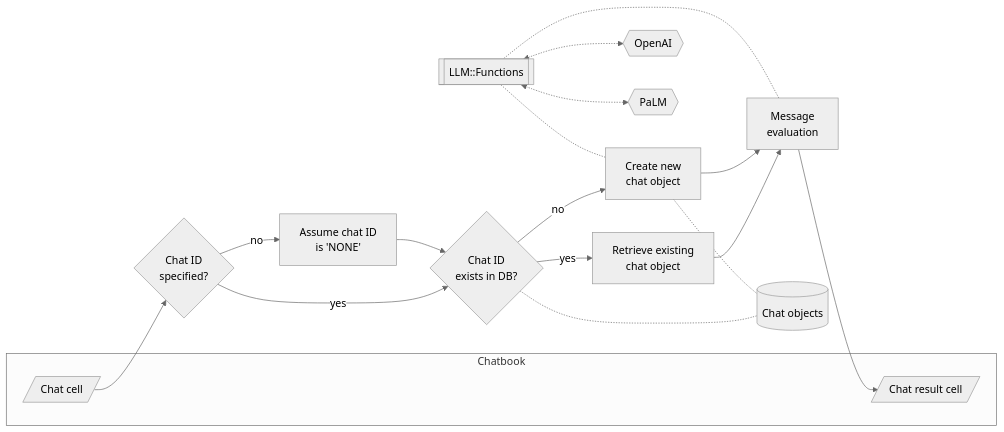
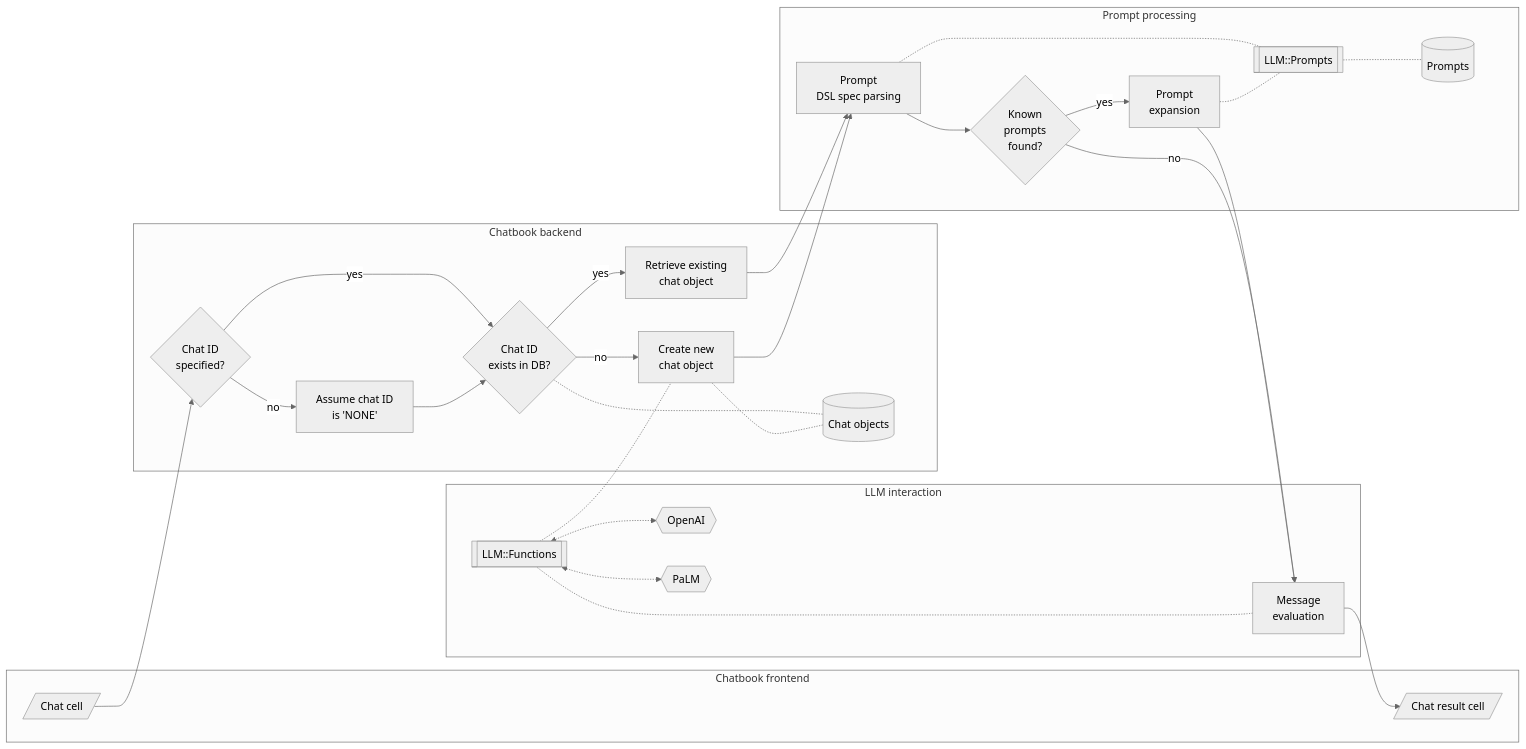
One commit to antononcube/Raku-Jupyter-Chatbook changed the first of 2 diagrams in README-work.md. Above: the diagram before and after it, drawn with Mermaid (neutral theme). The commit also changed other lines of this file and 1 other file, not shown here.

Commit message:
docs:Better components interaction flowchart. Added links to "LLM::Prompts".

````diff
--- a/README-work.md
+++ b/README-work.md
@@ -176,32 +176,65 @@
 ```mermaid
 flowchart LR
     OpenAI{{OpenAI}}
     PaLM{{PaLM}}
     LLMFunc[[LLM::Functions]]
+    LLMProm[[LLM::Prompts]]
     CODB[(Chat objects)]
+    PDB[(Prompts)]
     CCell[/Chat cell/]
     CRCell[/Chat result cell/]
     CIDQ{Chat ID<br>specified?}
     CIDEQ{Chat ID<br>exists in DB?}
     RECO[Retrieve existing<br>chat object]
     COEval[Message<br>evaluation]
+    PromParse[Prompt<br>DSL spec parsing]
+    KPFQ{Known<br>prompts<br>found?}
+    PromExp[Prompt<br>expansion]
     CNCO[Create new<br>chat object]
     CIDNone["Assume chat ID<br>is 'NONE'"] 
-    subgraph Chatbook
+    subgraph Chatbook frontend    
         CCell
         CRCell
+    end
+    subgraph Chatbook backend
+        CIDQ
+        CIDEQ
+        CIDNone
+        RECO
+        CNCO
+        CODB
+    end
+    subgraph Prompt processing
+        PDB
+        LLMProm
+        PromParse
+        KPFQ
+        PromExp 
+    end
+    subgraph LLM interaction
+      COEval
+      LLMFunc
+      PaLM
+      OpenAI
     end
     CCell --> CIDQ
     CIDQ --> |yes| CIDEQ
     CIDEQ --> |yes| RECO
-    RECO --> COEval --> CRCell
+    RECO --> PromParse
+    COEval --> CRCell
     CIDEQ -.- CODB
     CIDEQ --> |no| CNCO
     LLMFunc -.- CNCO -.- CODB
-    CNCO --> COEval
+    CNCO --> PromParse --> KPFQ
+    KPFQ --> |yes| PromExp
+    KPFQ --> |no| COEval
+    PromParse -.- LLMProm 
+    PromExp -.- LLMProm
+    PromExp --> COEval 
+    LLMProm -.- PDB
     CIDQ --> |no| CIDNone
     CIDNone --> CIDEQ
     COEval -.- LLMFunc
     LLMFunc <-.-> OpenAI
     LLMFunc <-.-> PaLM
 ```
````
